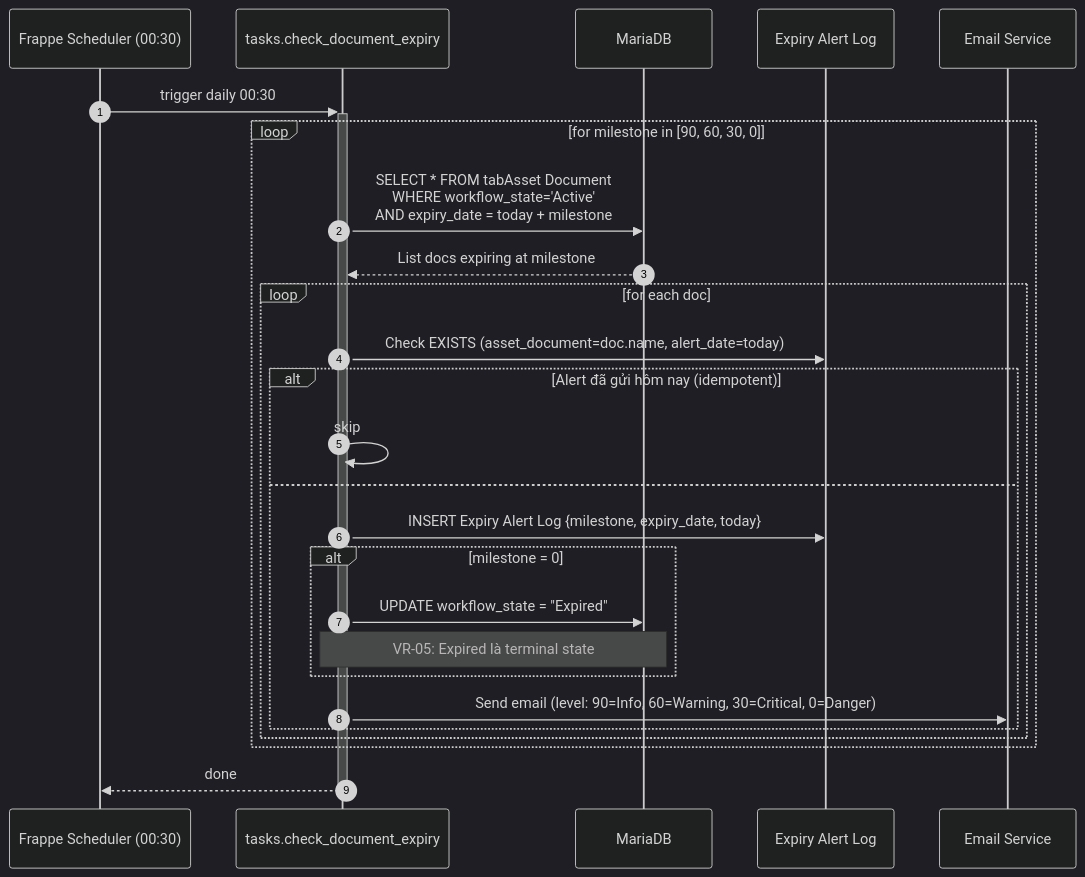
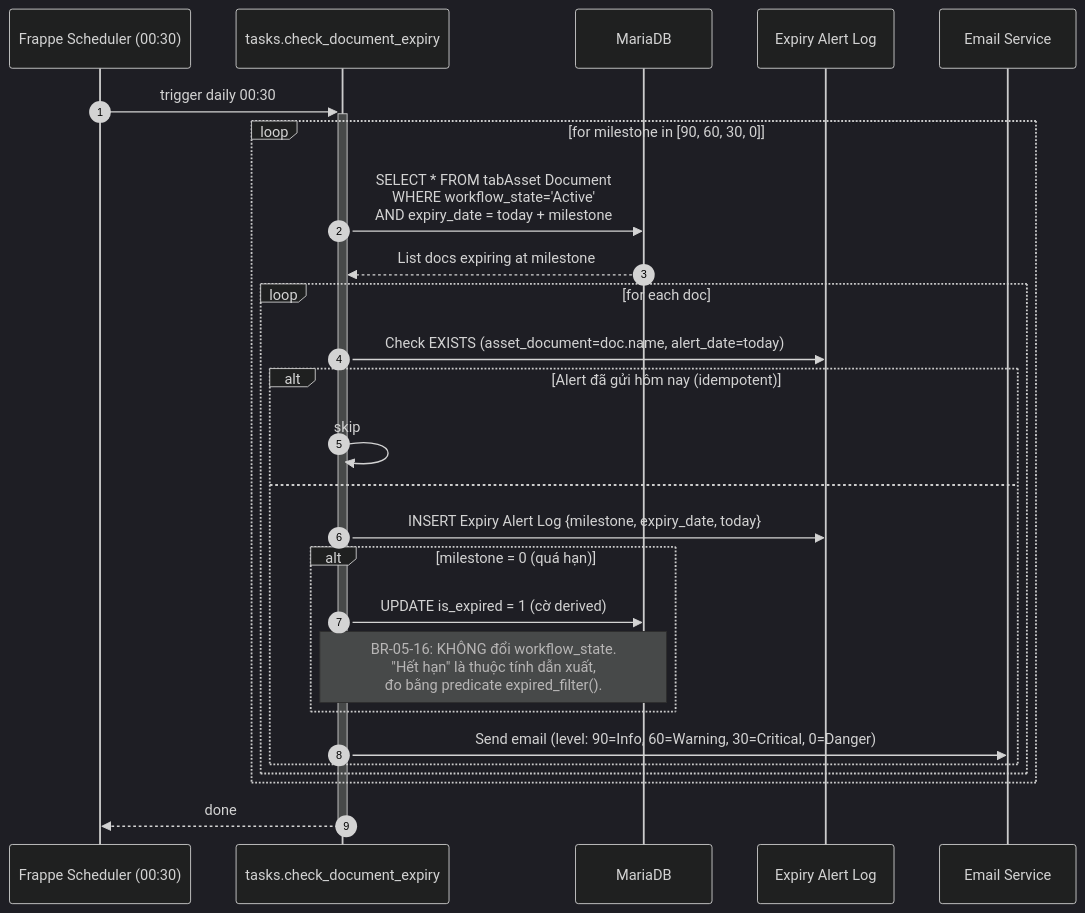
One commit to mvl26/Assetcore changed the fifth of 7 diagrams in docs/imm-05/03_Diagrams.md. Above: the diagram before and after it, drawn with Mermaid (dark theme). The commit also changed 74 other files, not shown here.

````diff
--- a/docs/imm-05/03_Diagrams.md
+++ b/docs/imm-05/03_Diagrams.md
@@ -410,29 +410,29 @@
 ```mermaid
 sequenceDiagram
     autonumber
     participant Cron as Frappe Scheduler (00:30)
     participant Task as tasks.check_document_expiry
     participant DB as MariaDB
     participant Log as Expiry Alert Log
     participant Email as Email Service
 
     Cron->>+Task: trigger daily 00:30
     loop for milestone in [90, 60, 30, 0]
         Task->>DB: SELECT * FROM tabAsset Document<br/>WHERE workflow_state='Active'<br/>AND expiry_date = today + milestone
         DB-->>Task: List docs expiring at milestone
         loop for each doc
             Task->>Log: Check EXISTS (asset_document=doc.name, alert_date=today)
             alt Alert đã gửi hôm nay (idempotent)
                 Task->>Task: skip
             else
                 Task->>Log: INSERT Expiry Alert Log {milestone, expiry_date, today}
-                alt milestone = 0
-                    Task->>DB: UPDATE workflow_state = "Expired"
-                    Note over Task,DB: VR-05: Expired là terminal state
+                alt milestone = 0 (quá hạn)
+                    Task->>DB: UPDATE is_expired = 1 (cờ derived)
+                    Note over Task,DB: BR-05-16: KHÔNG đổi workflow_state.<br/>"Hết hạn" là thuộc tính dẫn xuất,<br/>đo bằng predicate expired_filter().
                 end
                 Task->>Email: Send email (level: 90=Info, 60=Warning, 30=Critical, 0=Danger)
             end
         end
     end
     Task-->>-Cron: done
 ```
````
